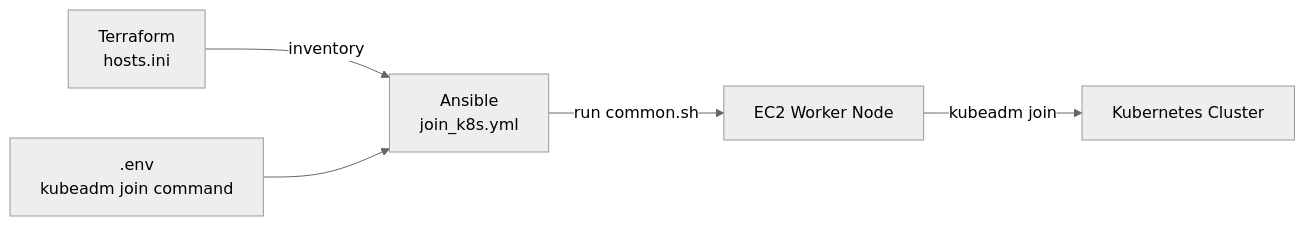
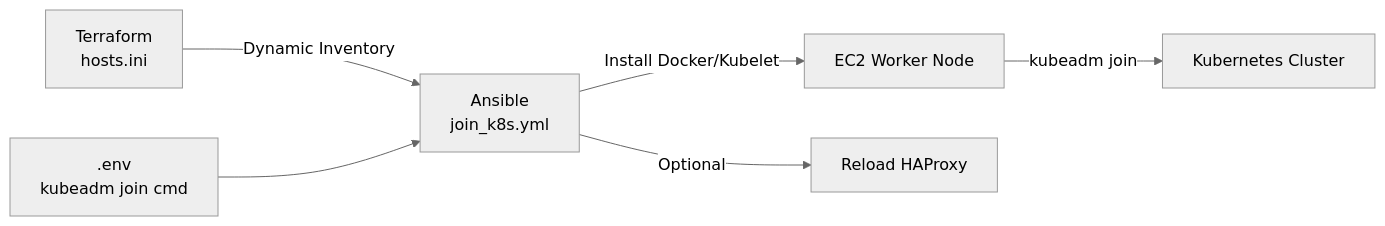
Before and after one commit to kien-devops/cicd-ecr-kube-ec2-gitaction: the diagram in ansible-web/README.md, drawn with Mermaid (neutral theme). The commit also changed other lines of this file and 9 other files, not shown here.

Commit message:
docs: revamp all README files with badges, diagrams, and structured sections

````diff
--- a/ansible-web/README.md
+++ b/ansible-web/README.md
@@ -7,7 +12,8 @@
 ```mermaid
 flowchart LR
-    TF[Terraform<br/>hosts.ini] -->|inventory| ANSIBLE[Ansible<br/>join_k8s.yml]
-    ENV[.env<br/>kubeadm join command] --> ANSIBLE
-    ANSIBLE -->|run common.sh| NODE[EC2 Worker Node]
+    TF[Terraform<br/>hosts.ini] -->|Dynamic Inventory| ANSIBLE[Ansible<br/>join_k8s.yml]
+    ENV[.env<br/>kubeadm join cmd] --> ANSIBLE
+    ANSIBLE -->|Install Docker/Kubelet| NODE[EC2 Worker Node]
     NODE -->|kubeadm join| K8S[Kubernetes Cluster]
+    ANSIBLE -->|Optional| ALB[Reload HAProxy]
 ```
````
